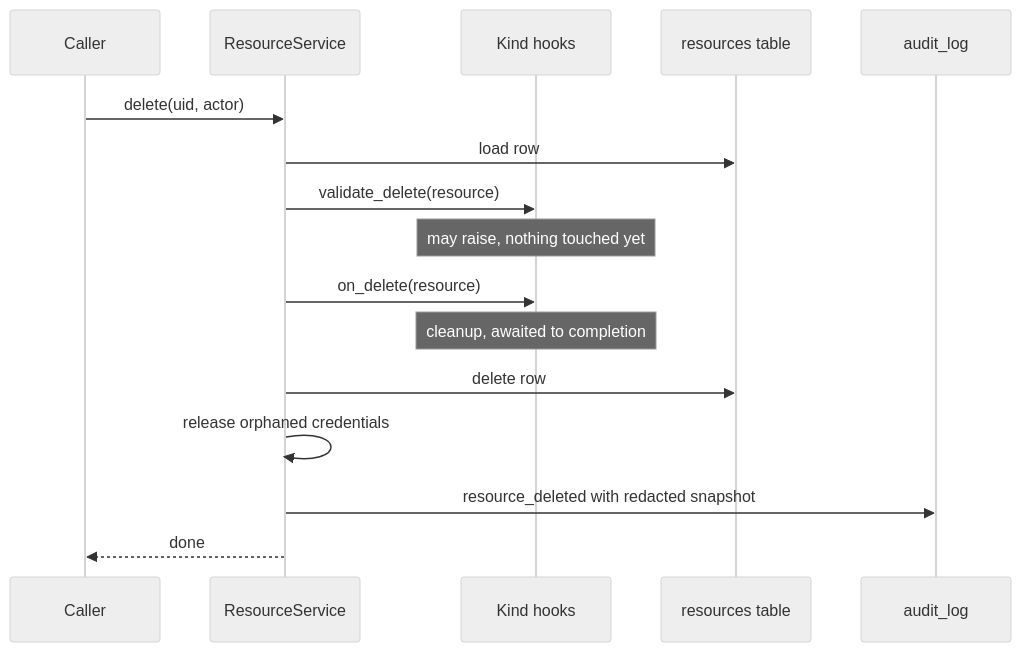
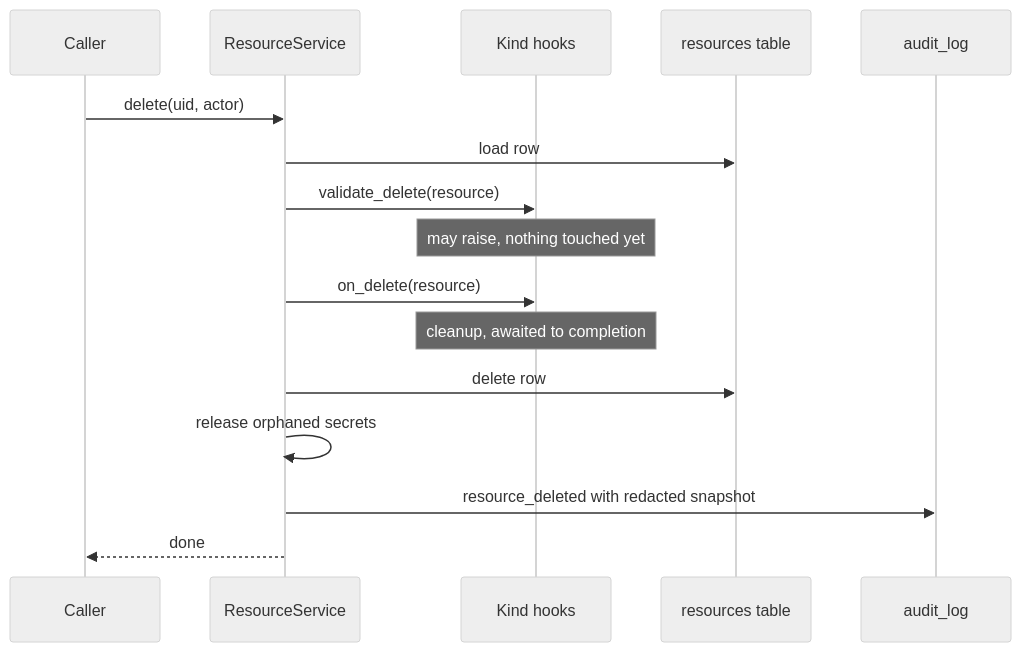
Before and after one commit to wyx-sg/Coffer: the diagram in docs-site/architecture/resource-framework.md, drawn with Mermaid (neutral theme). The commit also changed other lines of this file and 340 other files, not shown here.

````diff
--- a/docs-site/architecture/resource-framework.md
+++ b/docs-site/architecture/resource-framework.md
@@ -131,18 +131,18 @@
 ```mermaid
 sequenceDiagram
   participant C as Caller
   participant S as ResourceService
   participant K as Kind hooks
   participant R as resources table
   participant A as audit_log
   C->>S: delete(uid, actor)
   S->>R: load row
   S->>K: validate_delete(resource)
   Note over K: may raise, nothing touched yet
   S->>K: on_delete(resource)
   Note over K: cleanup, awaited to completion
   S->>R: delete row
-  S->>S: release orphaned credentials
+  S->>S: release orphaned secrets
   S->>A: resource_deleted with redacted snapshot
   S-->>C: done
 ```
````
